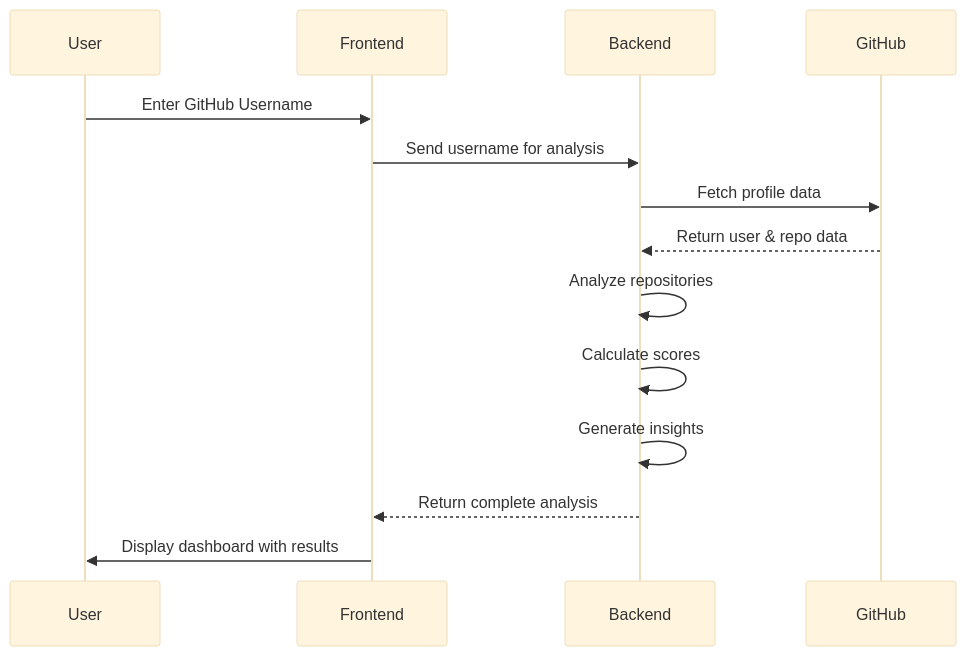
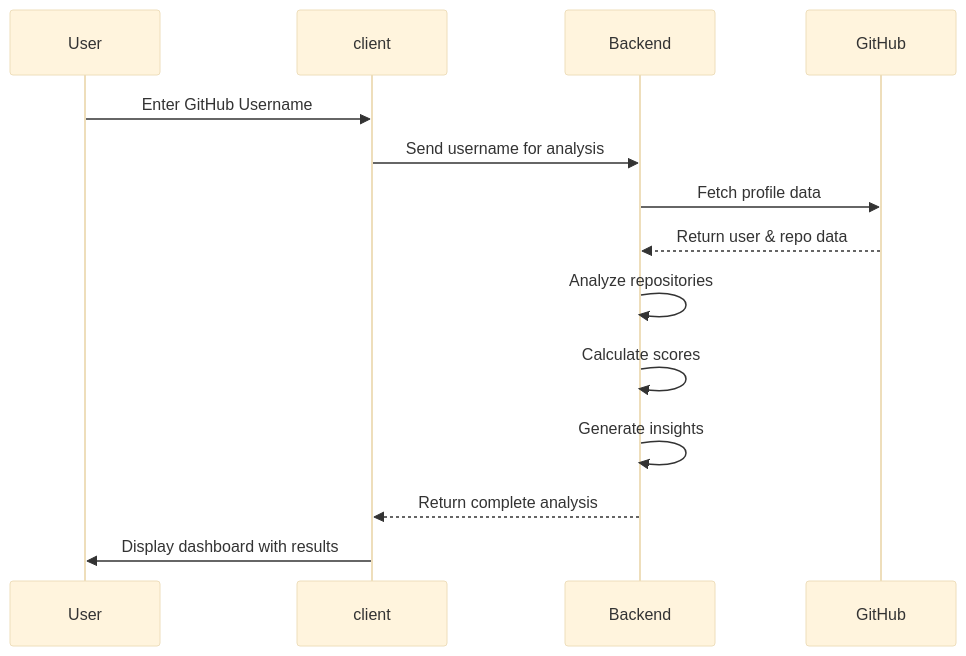
The fifth of 6 diagrams in README.md (ankush850/GitHub-portfolio-analysis-tool), drawn with Mermaid (base theme) before and after one commit. The commit also changed other lines of this file, not shown here.

First line of the commit message:
Revise README for project details and architecture

````diff
--- a/README.md
+++ b/README.md
@@ -239,17 +239,17 @@
 ```mermaid
 sequenceDiagram
     participant User
-    participant Frontend
+    participant client
     participant Backend
     participant GitHub
     
-    User->>Frontend: Enter GitHub Username
-    Frontend->>Backend: Send username for analysis
+    User->>client: Enter GitHub Username
+    client->>Backend: Send username for analysis
     Backend->>GitHub: Fetch profile data
     GitHub-->>Backend: Return user & repo data
     Backend->>Backend: Analyze repositories
     Backend->>Backend: Calculate scores
     Backend->>Backend: Generate insights
-    Backend-->>Frontend: Return complete analysis
-    Frontend->>User: Display dashboard with results
+    Backend-->>client: Return complete analysis
+    client->>User: Display dashboard with results
 ```
````
